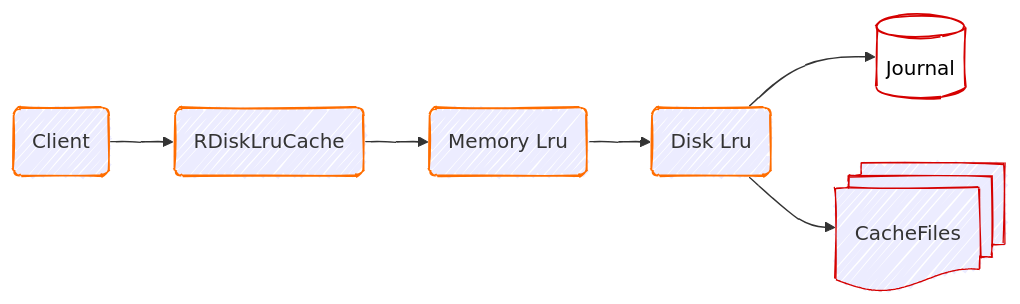
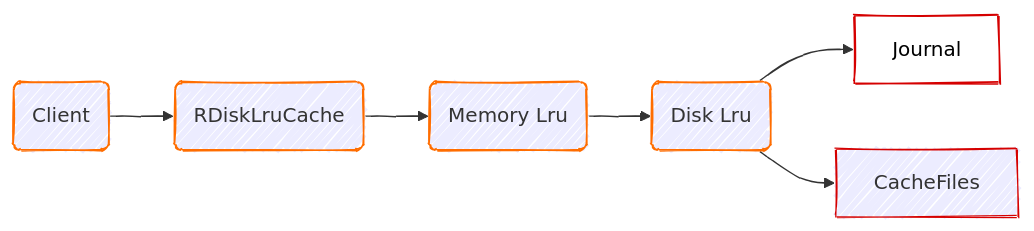
The first of 6 diagrams in disklrucache/README.md (trooper2013/diy), drawn with Mermaid before and after one commit. The commit also changed other lines of this file, not shown here.

````diff
--- a/disklrucache/README.md
+++ b/disklrucache/README.md
@@ -15,20 +15,18 @@
 ```mermaid
 ---
 config:
   look: handDrawn
 ---
 flowchart LR
     A("Client") --> B("RDiskLruCache")
     B --> C("Memory Lru")
     C --> D("Disk Lru")
     D --> E["Journal"] & F["CacheFiles"]
-    E@{ shape: cyl}
-    F@{ shape: docs}
     style A stroke:#FF6D00
     style B stroke:#FF6D00
     style C stroke:#FF6D00
     style D stroke:#FF6D00
     style E color:#000000, fill:#AA00FF, stroke:#AA00FF,fill:#FFFFFF,stroke:#D50000
     style F stroke:#D50000,stroke-width:1px,stroke-dasharray: 0
 
 ```
````
